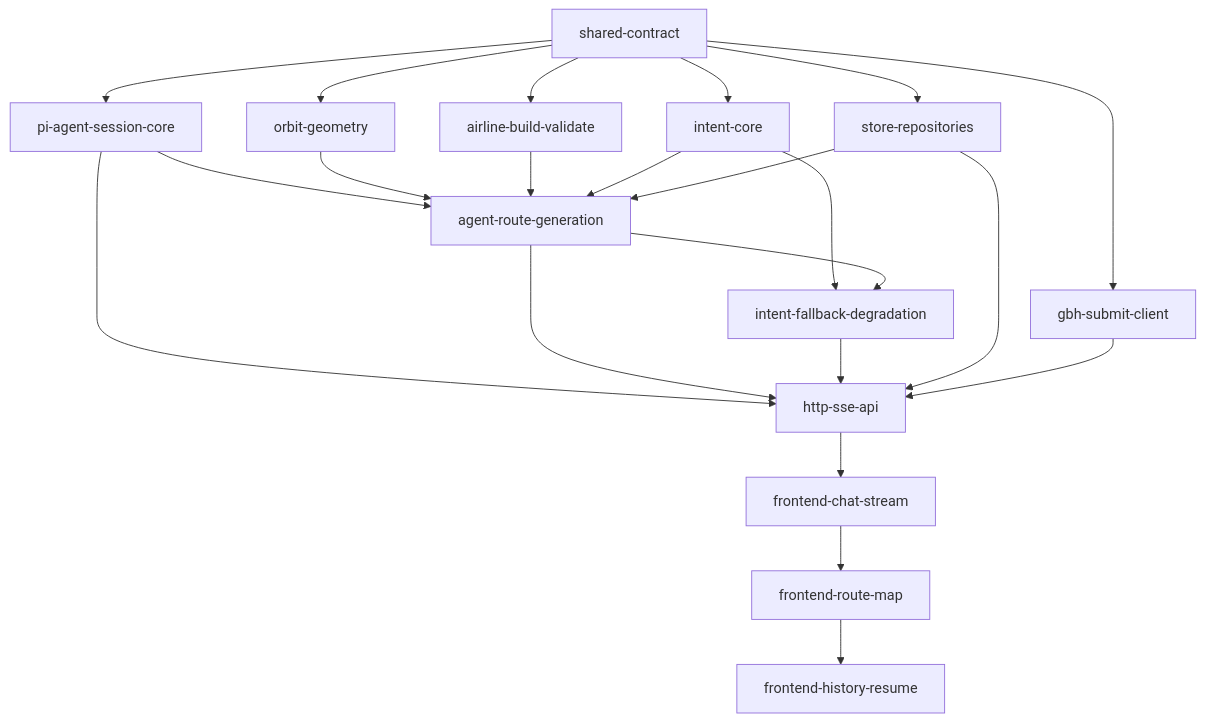
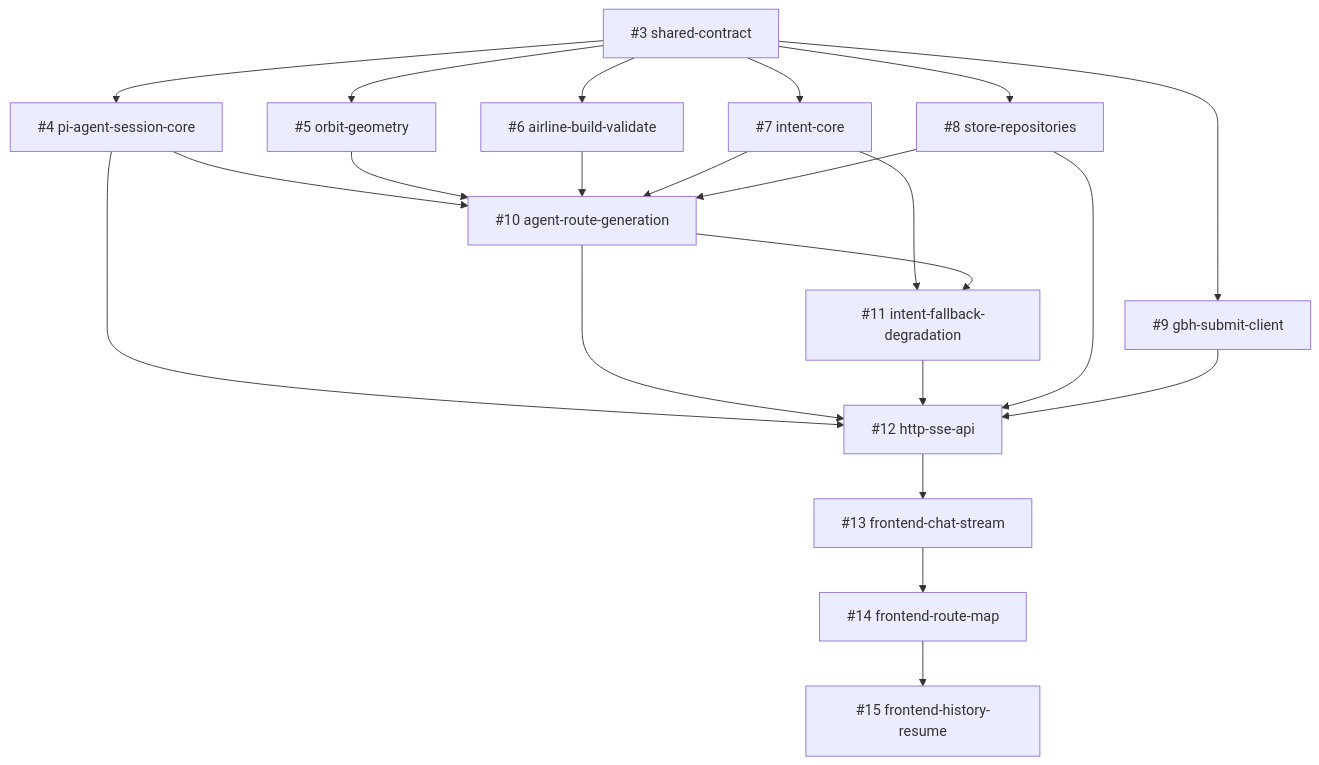
Before and after one commit to SeanSung/airline-dsl-ai-demo-opencode-cabbage: the diagram in docs/dev/tasks/2026-08-21-001-airline-dsl-edit-agent/DAG.md, drawn with Mermaid. The commit also changed other lines of this file and 13 other files, not shown here.

````diff
--- a/docs/dev/tasks/2026-08-21-001-airline-dsl-edit-agent/DAG.md
+++ b/docs/dev/tasks/2026-08-21-001-airline-dsl-edit-agent/DAG.md
@@ -7,47 +7,47 @@
 ```mermaid
 graph TD
-    shared["shared-contract"]
-    pi["pi-agent-session-core"]
-    orbit["orbit-geometry"]
-    airline["airline-build-validate"]
-    intent["intent-core"]
-    store["store-repositories"]
-    gbh["gbh-submit-client"]
-    gen["agent-route-generation"]
-    deg["intent-fallback-degradation"]
-    http["http-sse-api"]
-    chat["frontend-chat-stream"]
-    map["frontend-route-map"]
-    hist["frontend-history-resume"]
+    shared["#3 shared-contract"]
+    pi["#4 pi-agent-session-core"]
+    orbit["#5 orbit-geometry"]
+    airline["#6 airline-build-validate"]
+    intent["#7 intent-core"]
+    store["#8 store-repositories"]
+    gbh["#9 gbh-submit-client"]
+    gen["#10 agent-route-generation"]
+    deg["#11 intent-fallback-degradation"]
+    http["#12 http-sse-api"]
+    chat["#13 frontend-chat-stream"]
+    map["#14 frontend-route-map"]
+    hist["#15 frontend-history-resume"]
 
     %% 第一层：契约基础
     shared --> pi
     shared --> orbit
     shared --> airline
     shared --> intent
     shared --> store
     shared --> gbh
 
     %% 第二层：领域模块汇聚为生成闭环
     pi --> gen
     orbit --> gen
     airline --> gen
     intent --> gen
     store --> gen
 
     %% 第三层：降级闭环
     intent --> deg
     gen --> deg
 
     %% 第四层：HTTP/SSE 契约（消费完整 agent + store + gbh）
     pi --> http
     gen --> http
     deg --> http
     store --> http
     gbh --> http
 
     %% 前端：对话 → 地图 → 历史
     http --> chat
     chat --> map
     map --> hist
 ```
````
